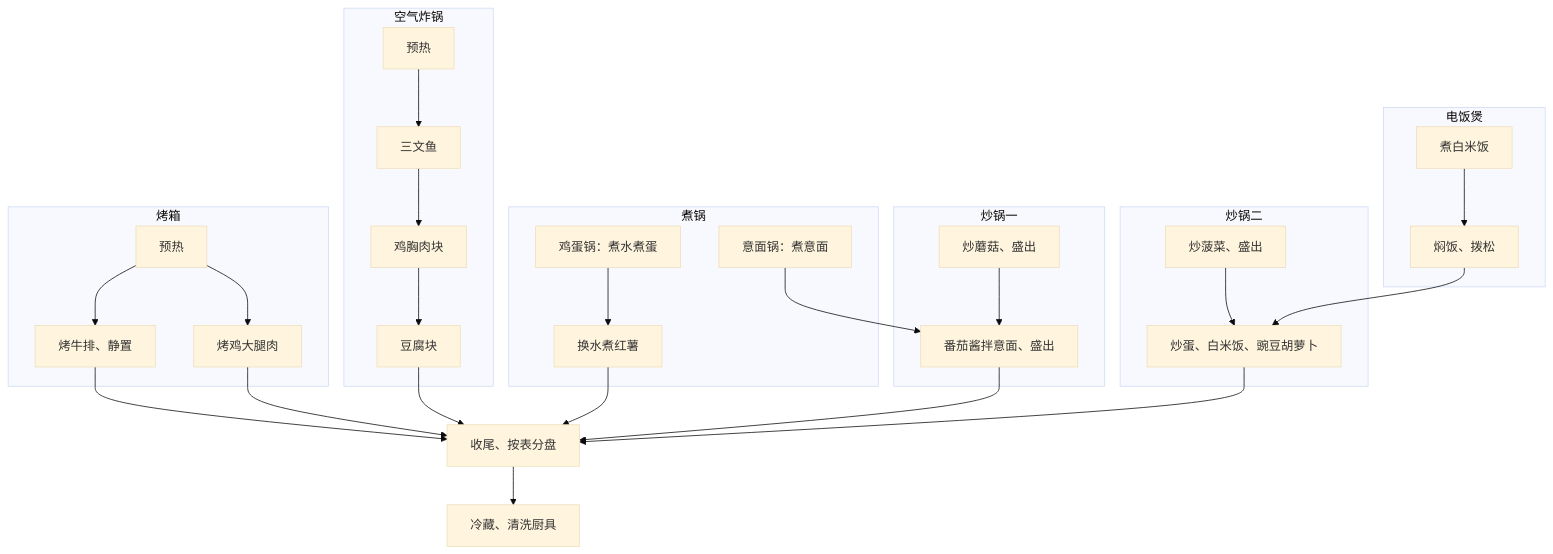
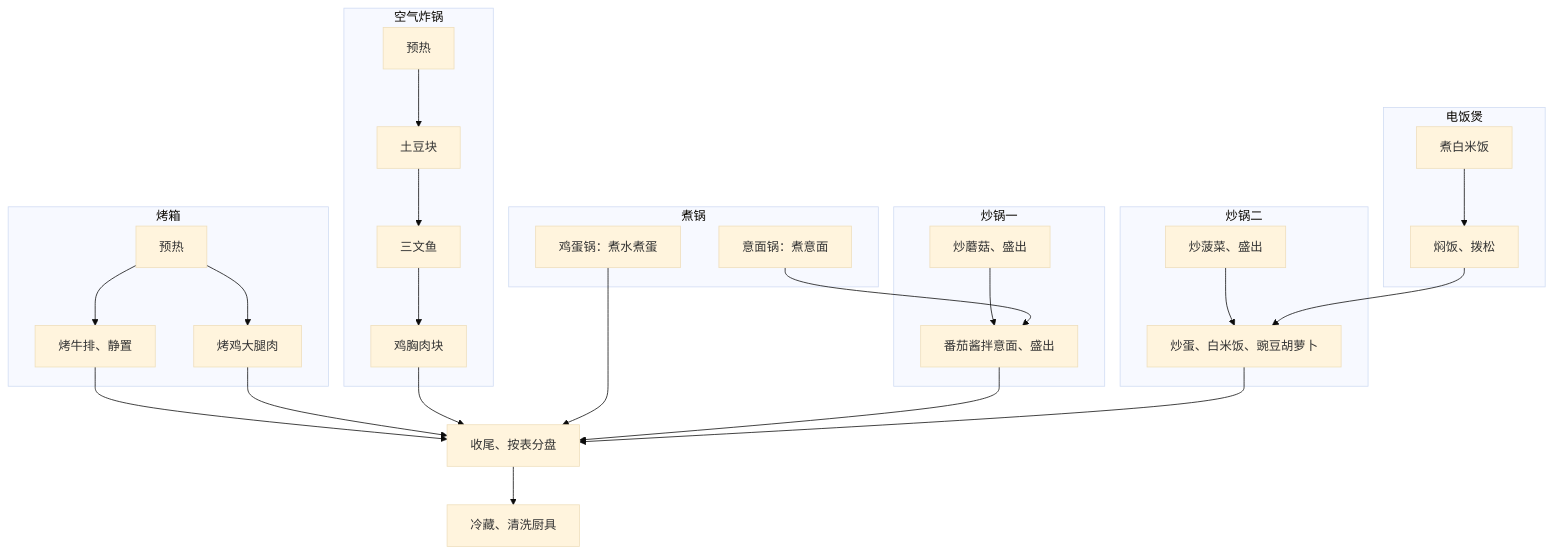
The diagram in content/posts/healthy-eating-plan.md (yunhaixiang/yhmath), drawn with Mermaid (base theme) before and after one commit. The commit also changed other lines of this file and 9 other files, not shown here.

````diff
--- a/content/posts/healthy-eating-plan.md
+++ b/content/posts/healthy-eating-plan.md
@@ -107,32 +106,32 @@
 ```mermaid
 flowchart TB
     subgraph rice[电饭煲]
         R1[煮白米饭] --> R2[焖饭、拨松]
     end
     subgraph oven[烤箱]
         O0[预热] --> O1[烤牛排、静置]
         O0 --> O2[烤鸡大腿肉]
     end
     subgraph air[空气炸锅]
-        A0[预热] --> A1[三文鱼] --> A2[鸡胸肉块] --> A3[豆腐块]
+        A0[预热] --> A4[土豆块] --> A1[三文鱼] --> A2[鸡胸肉块]
     end
     subgraph pots[煮锅]
         P1[意面锅：煮意面]
-        P2[鸡蛋锅：煮水煮蛋] --> P3[换水煮红薯]
+        P2[鸡蛋锅：煮水煮蛋]
     end
     subgraph wok1[炒锅一]
         W1[炒蘑菇、盛出] --> W3[番茄酱拌意面、盛出]
     end
     subgraph wok2[炒锅二]
         W2[炒菠菜、盛出] --> W4[炒蛋、白米饭、豌豆胡萝卜]
     end
     P1 --> W3
     R2 --> W4
     O1 --> F[收尾、按表分盘]
     O2 --> F
-    A3 --> F
-    P3 --> F
+    A2 --> F
+    P2 --> F
     W3 --> F
     W4 --> F
     F --> C[冷藏、清洗厨具]
 ```
````
